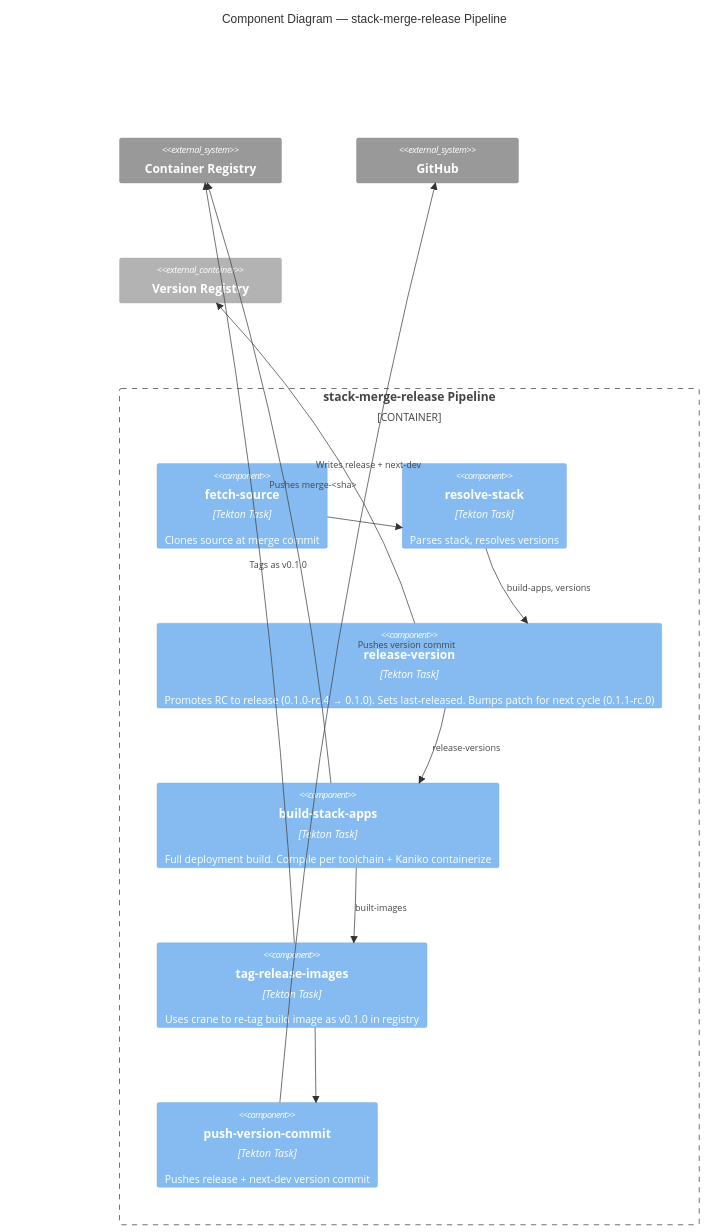
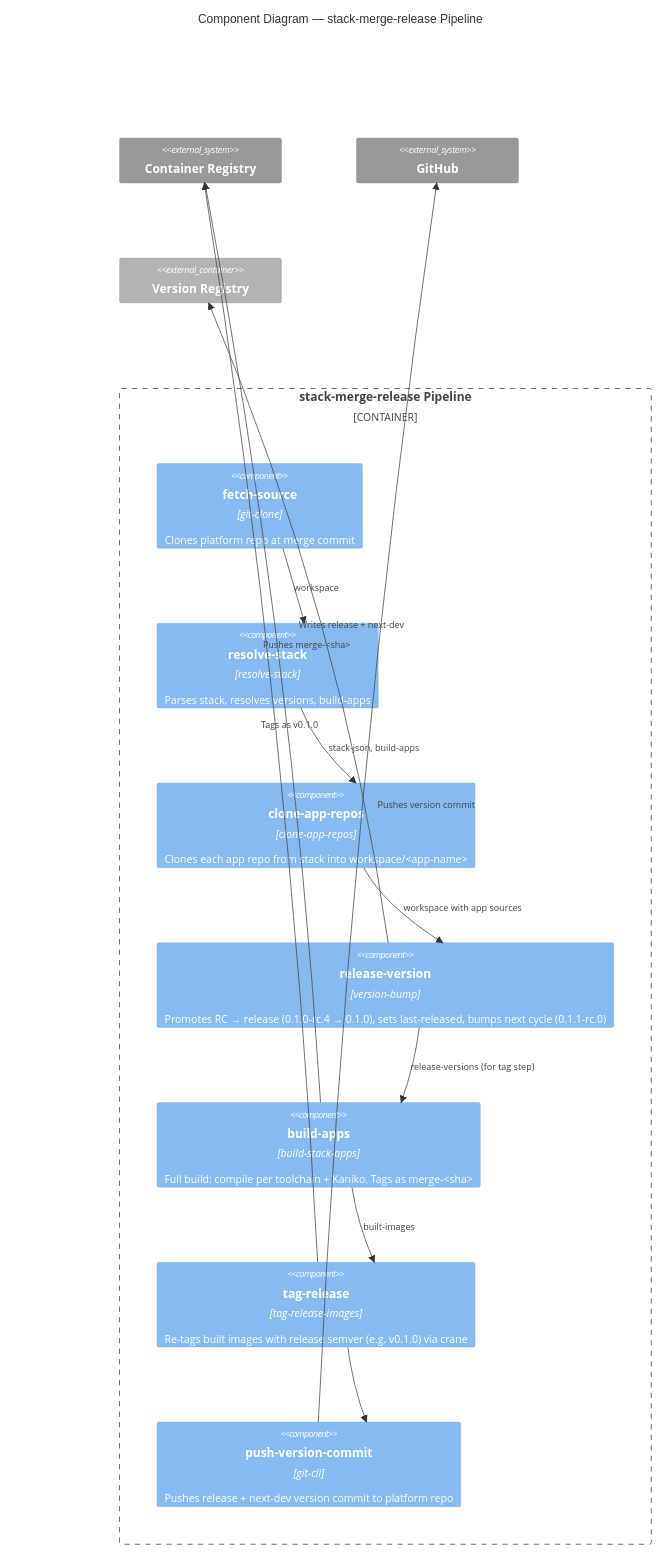
Before and after one commit to jmjava/tekton-dag: the fourth of 12 diagrams in docs/c4-diagrams.md, drawn with Mermaid. The commit also changed other lines of this file and 2 other files, not shown here.

First line of the commit message:
docs: README overview diagrams, ArgoCD note, VS Code workspace; C4 and sample-repos updates

````diff
--- a/docs/c4-diagrams.md
+++ b/docs/c4-diagrams.md
@@ -136,33 +145,36 @@
 ```mermaid
 C4Component
     title Component Diagram — stack-merge-release Pipeline
 
     Container_Boundary(merge_pipeline, "stack-merge-release Pipeline") {
 
-        Component(git_clone, "fetch-source", "Tekton Task", "Clones source at merge commit")
+        Component(fetch_source, "fetch-source", "git-clone", "Clones platform repo at merge commit")
 
-        Component(resolve, "resolve-stack", "Tekton Task", "Parses stack, resolves versions")
+        Component(resolve, "resolve-stack", "resolve-stack", "Parses stack, resolves versions, build-apps")
 
-        Component(release_ver, "release-version", "Tekton Task", "Promotes RC to release (0.1.0-rc.4 → 0.1.0). Sets last-released. Bumps patch for next cycle (0.1.1-rc.0)")
+        Component(clone_apps, "clone-app-repos", "clone-app-repos", "Clones each app repo from stack into workspace/<app-name>")
 
-        Component(build, "build-stack-apps", "Tekton Task", "Full deployment build. Compile per toolchain + Kaniko containerize")
+        Component(release_ver, "release-version", "version-bump", "Promotes RC → release (0.1.0-rc.4 → 0.1.0), sets last-released, bumps next cycle (0.1.1-rc.0)")
 
-        Component(tag, "tag-release-images", "Tekton Task", "Uses crane to re-tag build image as v0.1.0 in registry")
+        Component(build, "build-apps", "build-stack-apps", "Full build: compile per toolchain + Kaniko. Tags as merge-<sha>")
 
-        Component(push_ver, "push-version-commit", "Tekton Task", "Pushes release + next-dev version commit")
+        Component(tag, "tag-release", "tag-release-images", "Re-tags built images with release semver (e.g. v0.1.0) via crane")
+
+        Component(push_ver, "push-version-commit", "git-cli", "Pushes release + next-dev version commit to platform repo")
     }
 
-    System_Ext(ecr, "Container Registry")
+    System_Ext(registry, "Container Registry")
     System_Ext(github, "GitHub")
     Container_Ext(version_reg, "Version Registry")
 
-    Rel(git_clone, resolve, " ")
-    Rel(resolve, release_ver, "build-apps, versions")
+    Rel(fetch_source, resolve, "workspace")
+    Rel(resolve, clone_apps, "stack-json, build-apps")
+    Rel(clone_apps, release_ver, "workspace with app sources")
     Rel(release_ver, version_reg, "Writes release + next-dev")
-    Rel(release_ver, build, "release-versions")
-    Rel(build, ecr, "Pushes merge-<sha>")
+    Rel(release_ver, build, "release-versions (for tag step)")
+    Rel(build, registry, "Pushes merge-<sha>")
     Rel(build, tag, "built-images")
-    Rel(tag, ecr, "Tags as v0.1.0")
+    Rel(tag, registry, "Tags as v0.1.0")
     Rel(tag, push_ver, " ")
     Rel(push_ver, github, "Pushes version commit")
 ```
````
